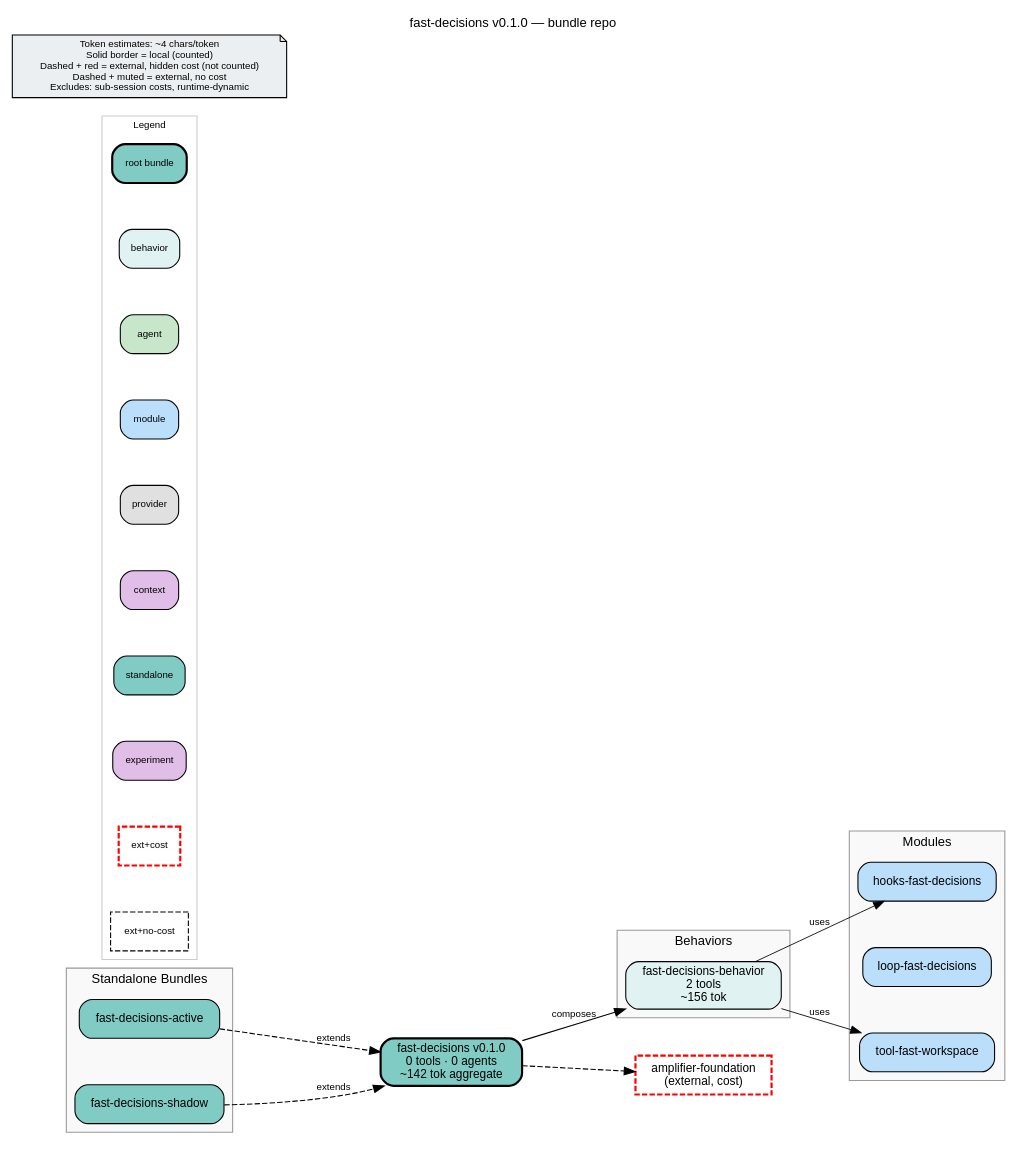
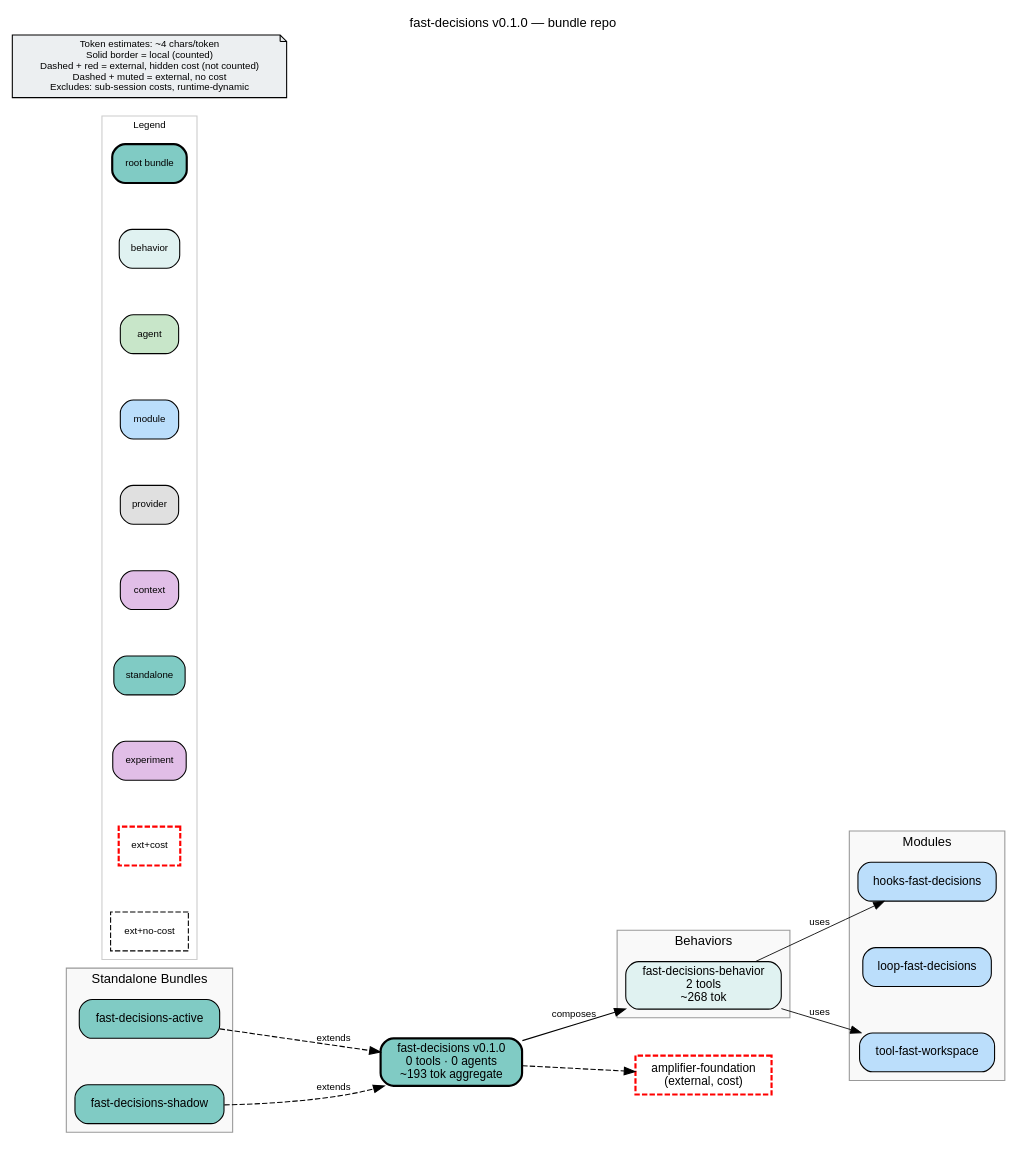
The diagram in bundle.dot (michaeljabbour/amplifier-bundle-fast-decisions), drawn with Graphviz before and after one commit. The commit also changed 21 other files, not shown here.

```diff
--- a/bundle.dot
+++ b/bundle.dot
@@ -1,77 +1,77 @@
 digraph fast_decisions {
     rankdir=LR
     fontname="Helvetica"
     fontsize=12
     label="fast-decisions v0.1.0 — bundle repo"
     labelloc=t
     labeljust=c
     nodesep=0.6
     ranksep=0.7
     bgcolor="white"
-    source_hash="9d96540b9fa89938074a1d0bd9c7180cdce736687eaff66330c070efa7e20155"
+    source_hash="48899fb870bc077362bb3b95b66a69ffca12e01e5e815d5638b795ba01025da3"
 
     node [fontname="Helvetica", fontsize=11, style="filled,rounded"]
     edge [fontname="Helvetica", fontsize=9]
 
-    root_fast_decisions [label="fast-decisions v0.1.0\n0 tools · 0 agents\n~142 tok aggregate", shape=box, fillcolor="#80cbc4", style="filled,rounded,bold", penwidth=2]
+    root_fast_decisions [label="fast-decisions v0.1.0\n0 tools · 0 agents\n~193 tok aggregate", shape=box, fillcolor="#80cbc4", style="filled,rounded,bold", penwidth=2]
 
     subgraph cluster_behaviors {
         label="Behaviors"
         style="filled"
         fillcolor="#f9f9f9"
         color="#999999"
 
-        beh_fast_decisions_behavior [label="fast-decisions-behavior\n2 tools\n~156 tok", shape=box, fillcolor="#e0f2f1", style="filled,rounded"]
+        beh_fast_decisions_behavior [label="fast-decisions-behavior\n2 tools\n~268 tok", shape=box, fillcolor="#e0f2f1", style="filled,rounded"]
     }
 
     subgraph cluster_standalones {
         label="Standalone Bundles"
         style="filled"
         fillcolor="#f9f9f9"
         color="#999999"
 
         sta_fast_decisions_active [label="fast-decisions-active", shape=box, fillcolor="#80cbc4", style="filled,rounded"]
         sta_fast_decisions_shadow [label="fast-decisions-shadow", shape=box, fillcolor="#80cbc4", style="filled,rounded"]
     }
 
     subgraph cluster_modules {
         label="Modules"
         style="filled"
         fillcolor="#f9f9f9"
         color="#999999"
 
         mod_hooks_fast_decisions [label="hooks-fast-decisions", shape=box, fillcolor="#bbdefb", style="filled,rounded"]
         mod_loop_fast_decisions [label="loop-fast-decisions", shape=box, fillcolor="#bbdefb", style="filled,rounded"]
         mod_tool_fast_workspace [label="tool-fast-workspace", shape=box, fillcolor="#bbdefb", style="filled,rounded"]
     }
 
     subgraph cluster_legend {
         label="Legend"
         style="filled"
         fillcolor="white"
         color="#cccccc"
         fontsize=9
 
         leg_root [label="root bundle", shape=box, fillcolor="#80cbc4", style="filled,rounded,bold", fontsize=9]
         leg_behavior [label="behavior", shape=box, fillcolor="#e0f2f1", style="filled,rounded", fontsize=9]
         leg_agent [label="agent", shape=box, fillcolor="#c8e6c9", style="filled,rounded", fontsize=9]
         leg_module [label="module", shape=box, fillcolor="#bbdefb", style="filled,rounded", fontsize=9]
         leg_provider [label="provider", shape=box, fillcolor="#e0e0e0", style="filled,rounded", fontsize=9]
         leg_context [label="context", shape=box, fillcolor="#e1bee7", style="filled,rounded", fontsize=9]
         leg_standalone [label="standalone", shape=box, fillcolor="#80cbc4", style="filled,rounded", fontsize=9]
         leg_experiment [label="experiment", shape=box, fillcolor="#e1bee7", style="filled,rounded", fontsize=9]
         leg_ext_cost [label="ext+cost", shape=box, fillcolor="#80cbc4", style="dashed", color="red", penwidth=2, fontsize=9]
         leg_ext_muted [label="ext+no-cost", shape=box, fillcolor="#f5f5f5", style="dashed", fontsize=9]
     }
 
     disclaimer [label="Token estimates: ~4 chars/token\nSolid border = local (counted)\nDashed + red = external, hidden cost (not counted)\nDashed + muted = external, no cost\nExcludes: sub-session costs, runtime-dynamic", shape=note, fillcolor="#eceff1", style="filled", fontsize=9]
 
     ext_githttps___github_com_microsoft_amplifier_foundation_main [label="amplifier-foundation\n(external, cost)", shape=box, fillcolor="#80cbc4", style="dashed", color="red", penwidth=2]
 
     root_fast_decisions -> ext_githttps___github_com_microsoft_amplifier_foundation_main [style=dashed]
     root_fast_decisions -> beh_fast_decisions_behavior [label="composes"]
     beh_fast_decisions_behavior -> mod_tool_fast_workspace [label="uses", penwidth=0.8]
     beh_fast_decisions_behavior -> mod_hooks_fast_decisions [label="uses", penwidth=0.8]
     sta_fast_decisions_active -> root_fast_decisions [label="extends", style=dashed]
     sta_fast_decisions_shadow -> root_fast_decisions [label="extends", style=dashed]
 }
```
